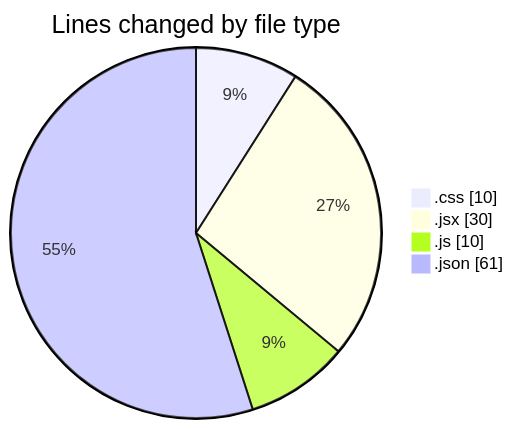
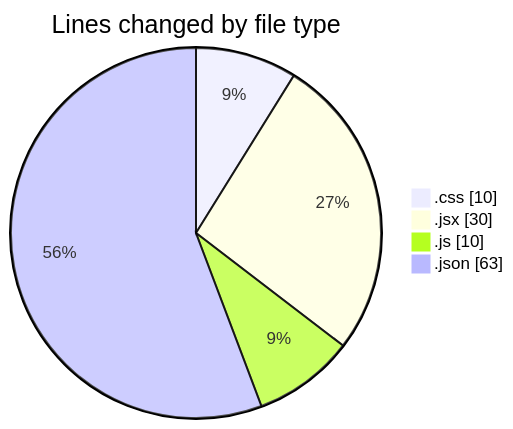
The first of 2 diagrams in 2025-02-05/react/README.md (Elitesun/code-tracking), drawn with Mermaid before and after one commit. The commit also changed other lines of this file and 1 other file, not shown here.

````diff
--- a/2025-02-05/react/README.md
+++ b/2025-02-05/react/README.md
@@ -24,8 +24,8 @@
 ```mermaid
 pie showData
 title Lines changed by file type
 ".css" : 10
 ".jsx" : 30
 ".js" : 10
-".json" : 61
+".json" : 63
 ```
````
